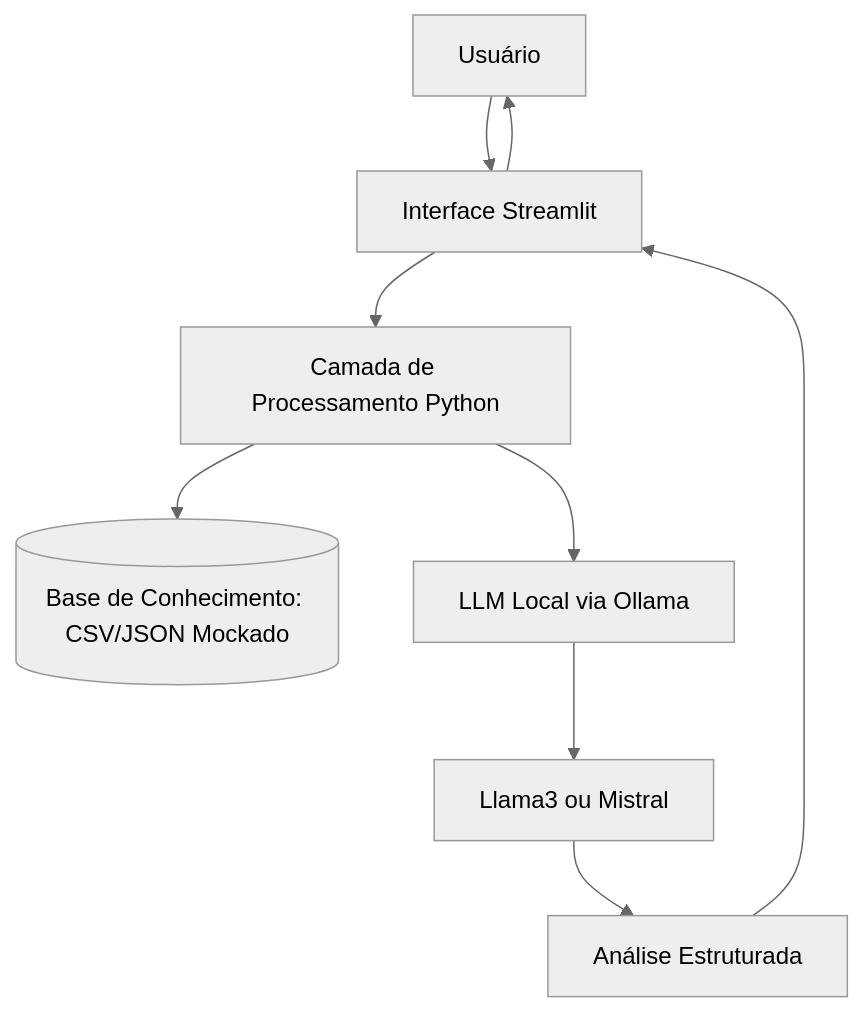
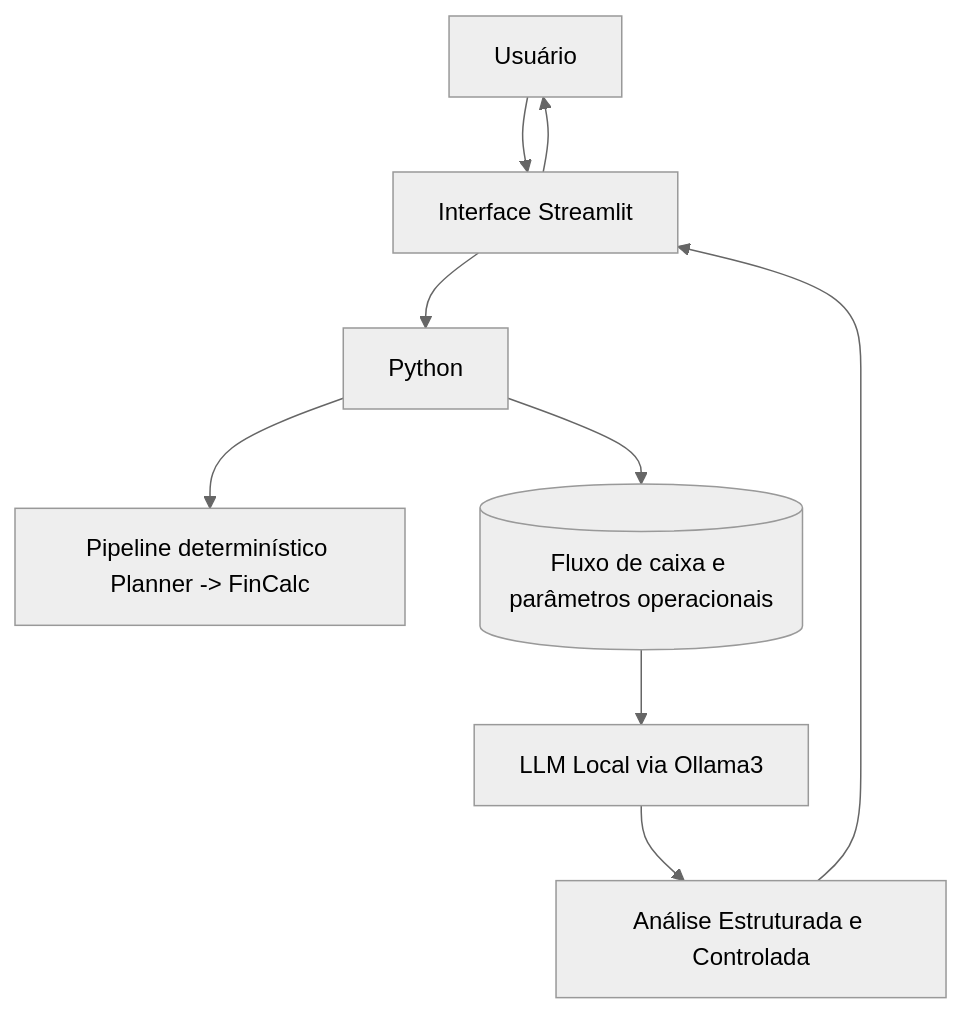
Before and after one commit to MireleAlves/Zola-FinPlan: the diagram in docs/01_documentacao_agentes.md, drawn with Mermaid (neutral theme). The commit also changed other lines of this file, not shown here.

````diff
--- a/docs/01_documentacao_agentes.md
+++ b/docs/01_documentacao_agentes.md
@@ -46,12 +51,12 @@
 ```mermaid
 flowchart TD
   User[Usuário] --> UI[Interface Streamlit]
-  UI --> Process[Camada de Processamento Python]
-  Process --> Data[(Base de Conhecimento: CSV/JSON Mockado)]
-  Process --> Ollama[LLM Local via Ollama]
-  Ollama --> Model[Llama3 ou Mistral]
-  Model --> Output[Análise Estruturada]
+  UI --> Process[Python]
+  Process --> Data[Pipeline determinístico Planner -> FinCalc]
+  Process --> Ollama[(Fluxo de caixa e parâmetros operacionais)]
+  Ollama --> Model[LLM Local via Ollama3]
+  Model --> Output[Análise Estruturada e Controlada]
   Output --> UI
   UI --> User
 
 ``` 
````
